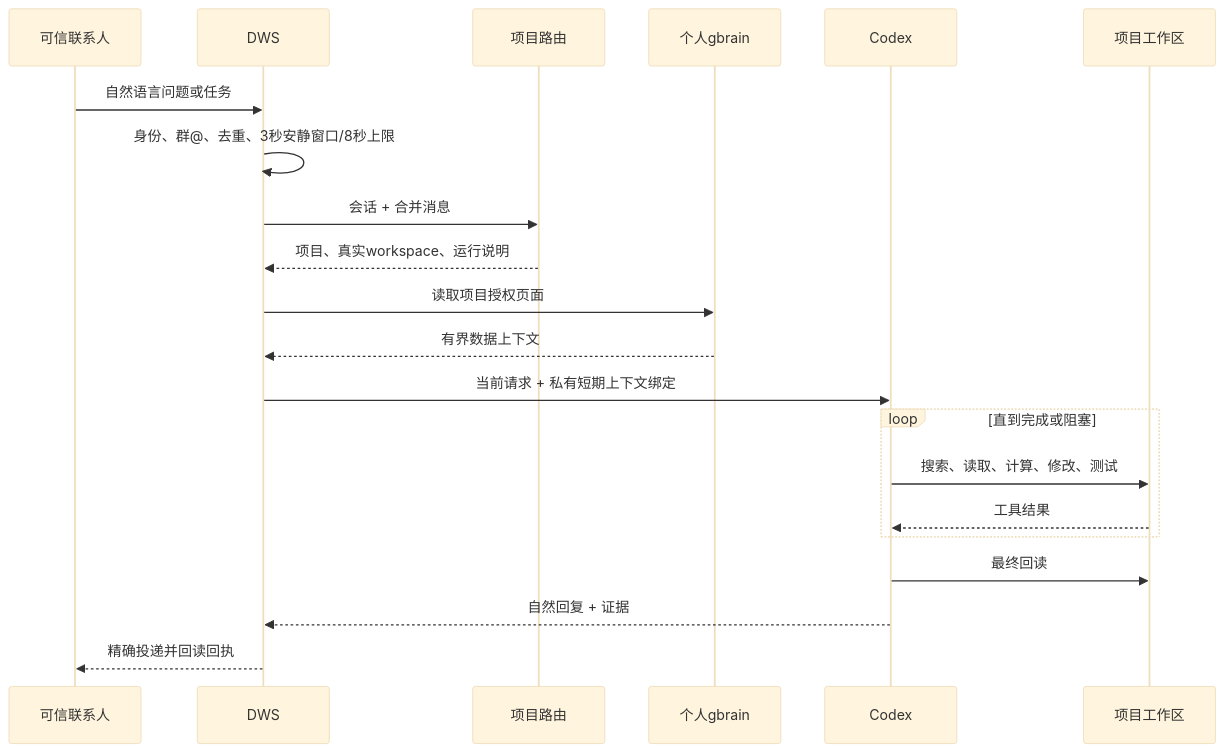
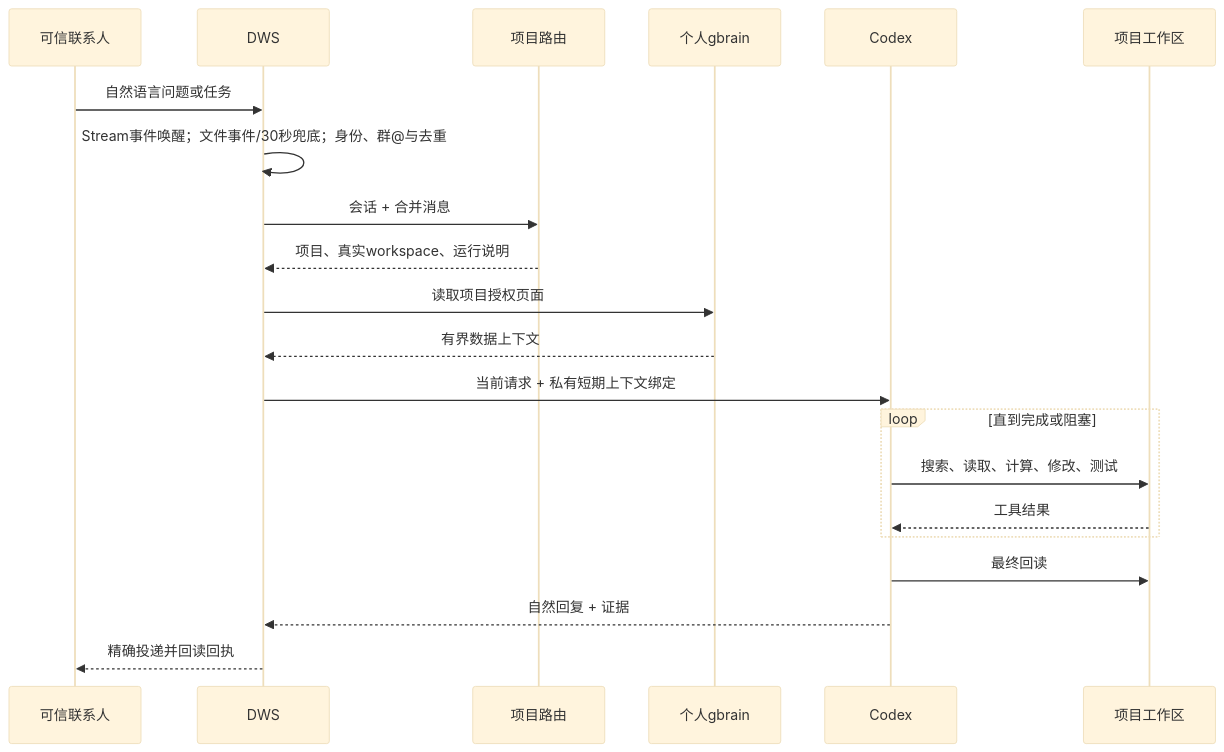
One commit to ruiwang20010702/foursday changed the second of 3 diagrams in docs/产品需求文档.md. Above: the diagram before and after it, drawn with Mermaid (base theme). The commit also changed other lines of this file and 10 other files, not shown here.

````diff
--- a/docs/产品需求文档.md
+++ b/docs/产品需求文档.md
@@ -164,24 +164,24 @@
 ```mermaid
 sequenceDiagram
     participant U as 可信联系人
     participant D as DWS
     participant R as 项目路由
     participant G as 个人gbrain
     participant X as Codex
     participant W as 项目工作区
 
     U->>D: 自然语言问题或任务
-    D->>D: 身份、群@、去重、3秒安静窗口/8秒上限
+    D->>D: Stream事件唤醒；文件事件/30秒兜底；身份、群@与去重
     D->>R: 会话 + 合并消息
     R-->>D: 项目、真实workspace、运行说明
     D->>G: 读取项目授权页面
     G-->>D: 有界数据上下文
     D->>X: 当前请求 + 私有短期上下文绑定
     loop 直到完成或阻塞
         X->>W: 搜索、读取、计算、修改、测试
         W-->>X: 工具结果
     end
     X->>W: 最终回读
     X-->>D: 自然回复 + 证据
     D-->>U: 精确投递并回读回执
 ```
````
